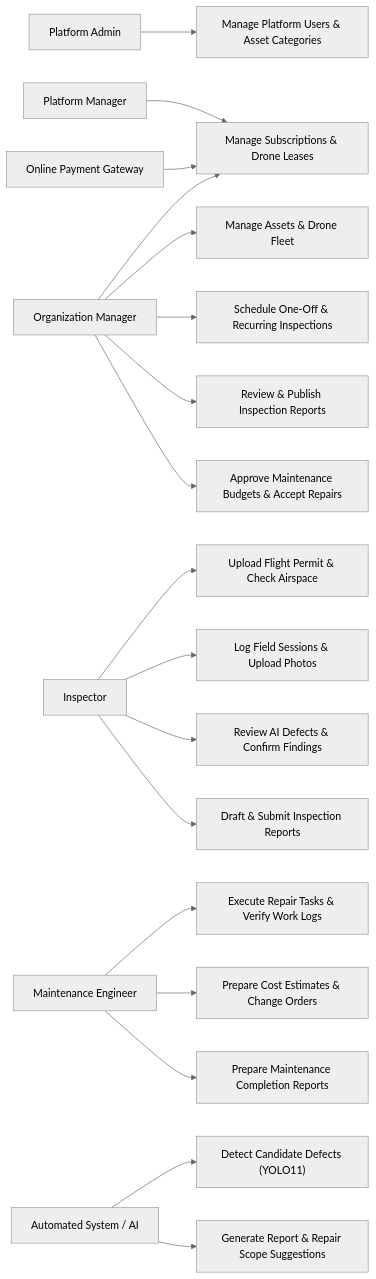
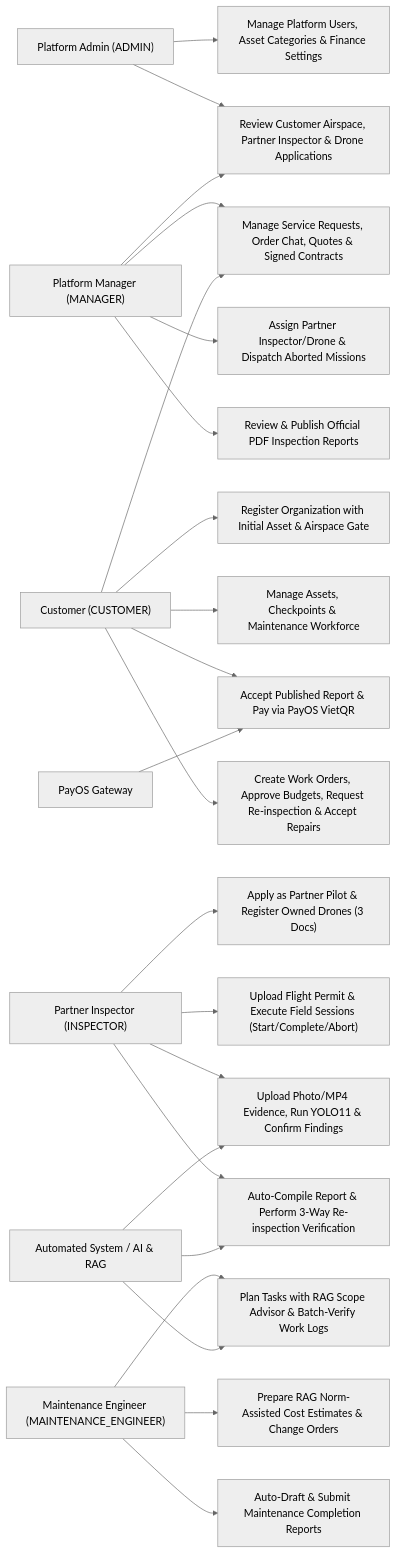
Before and after one commit to tungbach12/SmartDroneInspection-Docs: the diagram in reports/report-3-software-requirement-specification/02-user-requirements.md, drawn with Mermaid (neutral theme). The commit also changed other lines of this file and 245 other files, not shown here.

First line of the commit message:
docs(reports): synchronize all reports, diagrams, and test sheets to 5-role 8-feature baseline

````diff
--- a/reports/report-3-software-requirement-specification/02-user-requirements.md
+++ b/reports/report-3-software-requirement-specification/02-user-requirements.md
@@ -26,23 +26,30 @@
 ```mermaid
+%% title: Use Case Diagram
 flowchart LR
-  PA["Platform Admin"] --> UC_GOV["Manage Platform Users & Asset Categories"]
-  PM["Platform Manager"] --> UC_SUB["Manage Subscriptions & Drone Leases"]
-  PP["Online Payment Gateway"] --> UC_SUB
-  OM["Organization Manager"] --> UC_SUB
-  OM --> UC_ASSET["Manage Assets & Drone Fleet"]
-  OM --> UC_SCHED["Schedule One-Off & Recurring Inspections"]
-  OM --> UC_REV["Review & Publish Inspection Reports"]
-  OM --> UC_MAINT_GOV["Approve Maintenance Budgets & Accept Repairs"]
+  PA["Platform Admin (ADMIN)"] --> UC_GOV["Manage Platform Users, Asset Categories & Finance Settings"]
+  PA --> UC_ONBOARD_REV["Review Customer Airspace, Partner Inspector & Drone Applications"]
+  PM["Platform Manager (MANAGER)"] --> UC_ONBOARD_REV
+  PM --> UC_QUOTE["Manage Service Requests, Order Chat, Quotes & Signed Contracts"]
+  PM --> UC_DISPATCH["Assign Partner Inspector/Drone & Dispatch Aborted Missions"]
+  PM --> UC_REV["Review & Publish Official PDF Inspection Reports"]
 
-  IN["Inspector"] --> UC_PERMIT["Upload Flight Permit & Check Airspace"]
-  IN --> UC_EXEC["Log Field Sessions & Upload Photos"]
-  IN --> UC_DEFECT["Review AI Defects & Confirm Findings"]
-  IN --> UC_REP_AUTH["Draft & Submit Inspection Reports"]
+  CU["Customer (CUSTOMER)"] --> UC_REG["Register Organization with Initial Asset & Airspace Gate"]
+  CU --> UC_ASSET["Manage Assets, Checkpoints & Maintenance Workforce"]
+  CU --> UC_QUOTE
+  CU --> UC_PAY["Accept Published Report & Pay via PayOS VietQR"]
+  CU --> UC_MAINT_GOV["Create Work Orders, Approve Budgets, Request Re-inspection & Accept Repairs"]
 
-  ME["Maintenance Engineer"] --> UC_TASK["Execute Repair Tasks & Verify Work Logs"]
-  ME --> UC_EST["Prepare Cost Estimates & Change Orders"]
-  ME --> UC_COMP_AUTH["Prepare Maintenance Completion Reports"]
+  IN["Partner Inspector (INSPECTOR)"] --> UC_PARTNER["Apply as Partner Pilot & Register Owned Drones (3 Docs)"]
+  IN --> UC_PERMIT["Upload Flight Permit & Execute Field Sessions (Start/Complete/Abort)"]
+  IN --> UC_DEFECT["Upload Photo/MP4 Evidence, Run YOLO11 & Confirm Findings"]
+  IN --> UC_REP_AUTH["Auto-Compile Report & Perform 3-Way Re-inspection Verification"]
 
-  SYS["Automated System / AI"] --> UC_AI["Detect Candidate Defects (YOLO11)"]
-  SYS --> UC_LLM["Generate Report & Repair Scope Suggestions"]
+  ME["Maintenance Engineer (MAINTENANCE_ENGINEER)"] --> UC_TASK["Plan Tasks with RAG Scope Advisor & Batch-Verify Work Logs"]
+  ME --> UC_EST["Prepare RAG Norm-Assisted Cost Estimates & Change Orders"]
+  ME --> UC_COMP_AUTH["Auto-Draft & Submit Maintenance Completion Reports"]
+
+  PAYOS["PayOS Gateway"] --> UC_PAY
+  SYS["Automated System / AI & RAG"] --> UC_DEFECT
+  SYS --> UC_REP_AUTH
+  SYS --> UC_TASK
 ```
````
